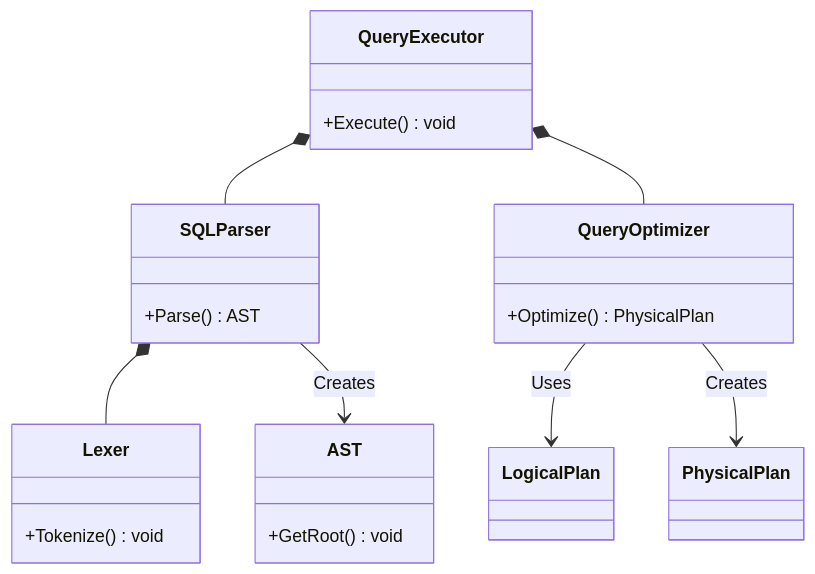
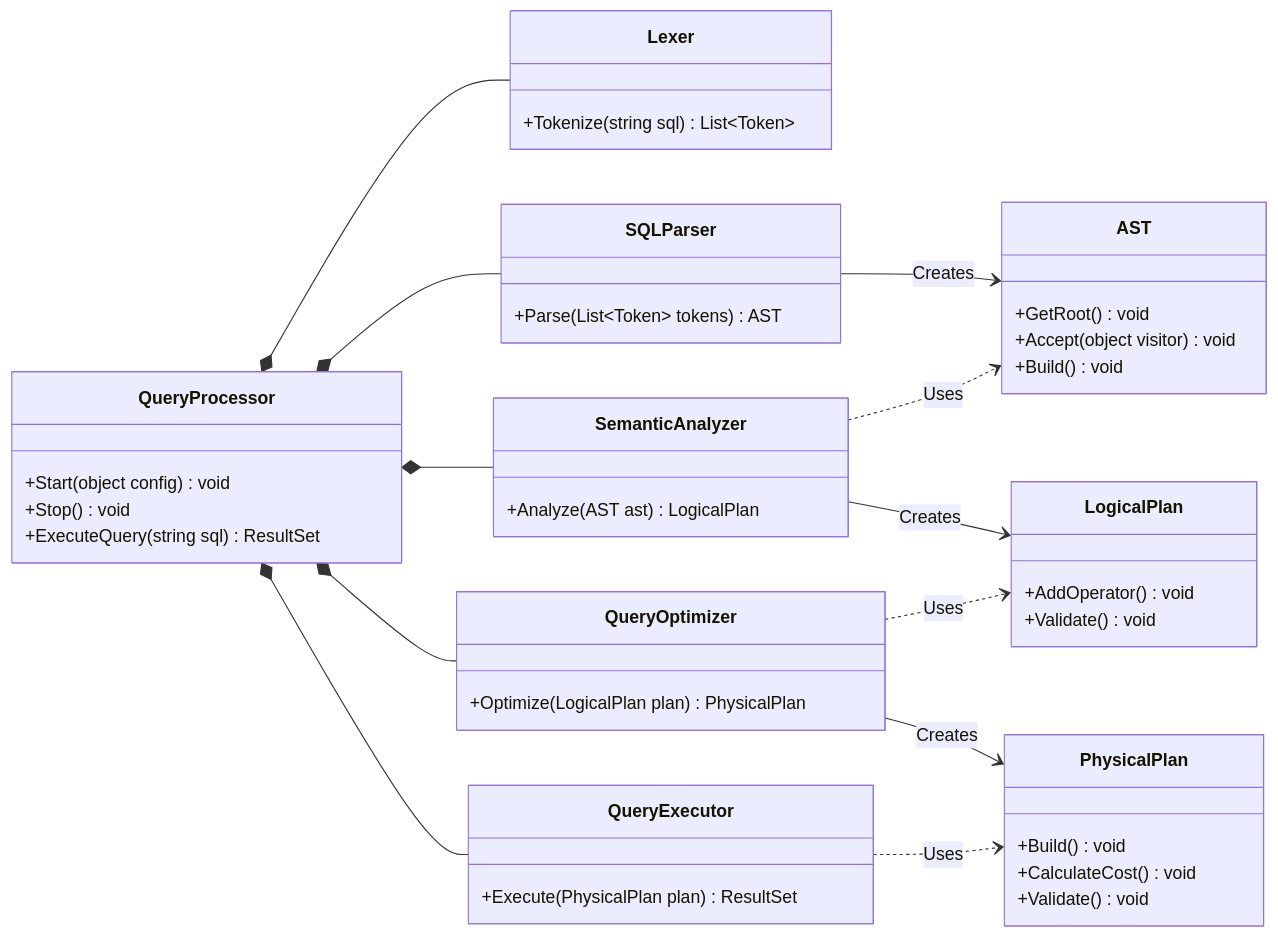
Before and after one commit to manaxpow/DBMS: the fourth of 52 diagrams in README.md, drawn with Mermaid. The commit also changed 9 other files, not shown here.

Commit message:
Update sequence and class diagram for query processor

````diff
--- a/README.md
+++ b/README.md
@@ -241,30 +241,52 @@
 ```mermaid
 classDiagram
-    direction TB
-    class QueryExecutor {
-        +Execute() void
+    direction LR
+    class QueryProcessor {
+        +Start(object config) void
+        +Stop() void
+        +ExecuteQuery(string sql) ResultSet
+    }
+    class Lexer {
+        +Tokenize(string sql) List~Token~
     }
     class SQLParser {
-        +Parse() AST
+        +Parse(List~Token~ tokens) AST
     }
-    class Lexer {
-        +Tokenize() void
+    class SemanticAnalyzer {
+        +Analyze(AST ast) LogicalPlan
+    }
+    class QueryOptimizer {
+        +Optimize(LogicalPlan plan) PhysicalPlan
+    }
+    class QueryExecutor {
+        +Execute(PhysicalPlan plan) ResultSet
     }
     class AST {
         +GetRoot() void
-    }
-    class QueryOptimizer {
-        +Optimize() PhysicalPlan
+        +Accept(object visitor) void
+        +Build() void
     }
     class LogicalPlan {
+        +AddOperator() void
+        +Validate() void
     }
     class PhysicalPlan {
+        +Build() void
+        +CalculateCost() void
+        +Validate() void
     }
 
-    QueryExecutor *-- SQLParser
-    QueryExecutor *-- QueryOptimizer
-    SQLParser *-- Lexer
+    QueryProcessor *-- Lexer
+    QueryProcessor *-- SQLParser
+    QueryProcessor *-- SemanticAnalyzer
+    QueryProcessor *-- QueryOptimizer
+    QueryProcessor *-- QueryExecutor
+
     SQLParser --> AST : Creates
-    QueryOptimizer --> LogicalPlan : Uses
+    SemanticAnalyzer --> LogicalPlan : Creates
     QueryOptimizer --> PhysicalPlan : Creates
+    
+    SemanticAnalyzer ..> AST : Uses
+    QueryOptimizer ..> LogicalPlan : Uses
+    QueryExecutor ..> PhysicalPlan : Uses
 ```
````
